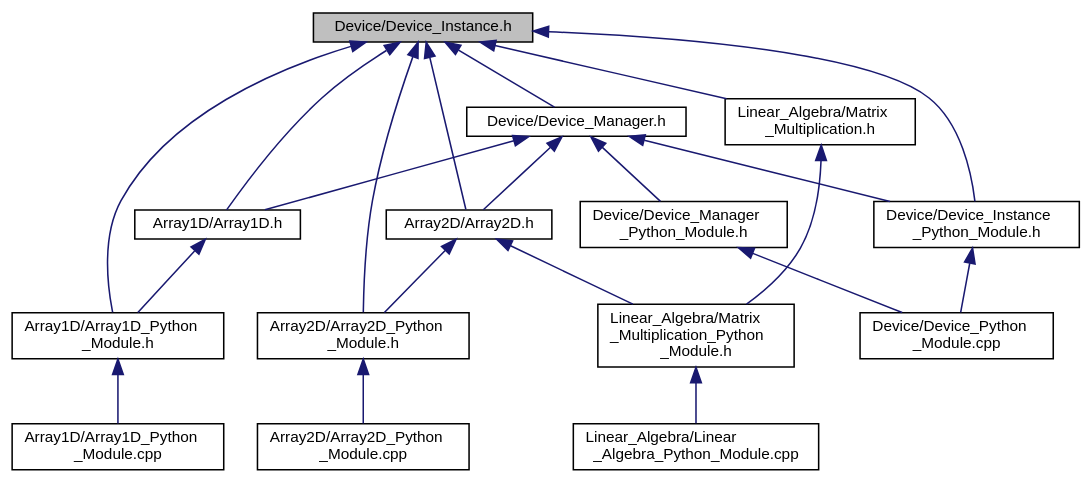
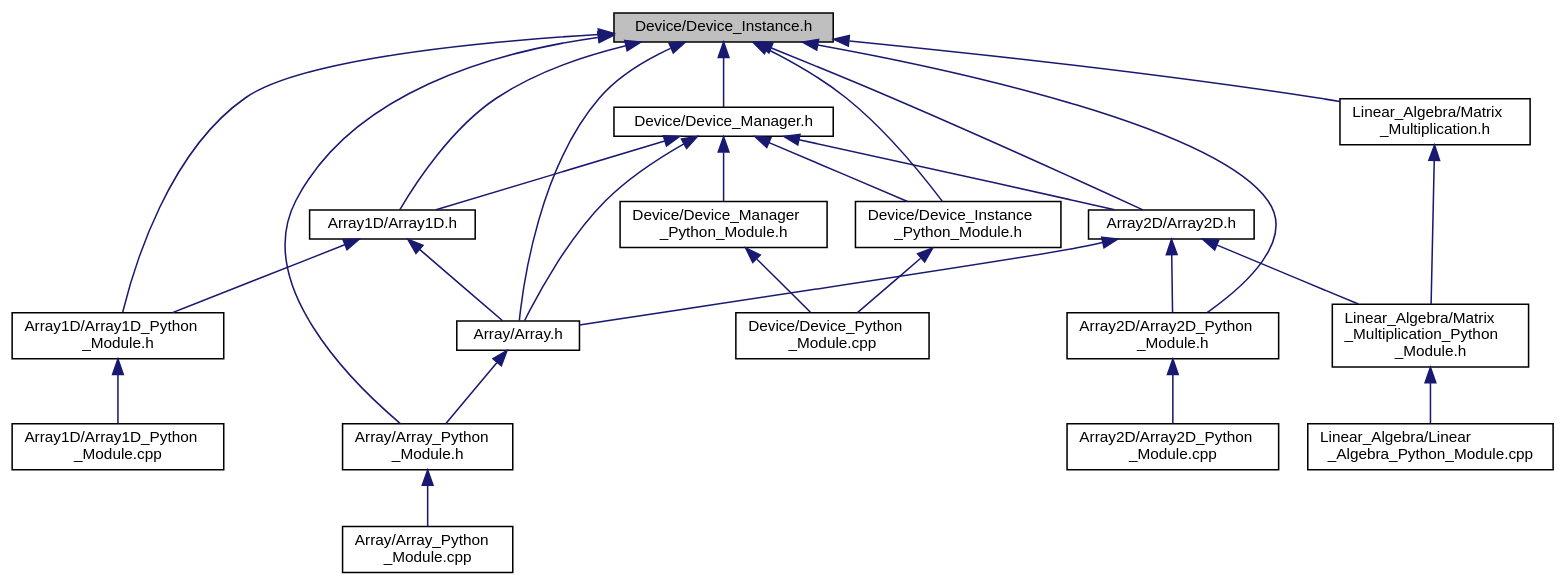
The diagram in docs/PySYCL_doxygen_html/_device___instance_8h__dep__incl.dot (OsmanAEG/PySYCL), drawn with Graphviz before and after one commit. The commit also changed 160 other files, not shown here.

```diff
--- a/docs/PySYCL_doxygen_html/_device___instance_8h__dep__incl.dot
+++ b/docs/PySYCL_doxygen_html/_device___instance_8h__dep__incl.dot
@@ -1,42 +1,52 @@
 digraph "Device/Device_Instance.h"
 {
  // INTERACTIVE_SVG=YES
  // LATEX_PDF_SIZE
   bgcolor="transparent";
   edge [fontname="Helvetica",fontsize="10",labelfontname="Helvetica",labelfontsize="10"];
   node [fontname="Helvetica",fontsize="10",shape=record];
   Node1 [label="Device/Device_Instance.h",height=0.2,width=0.4,color="black", fillcolor="grey75", style="filled", fontcolor="black",tooltip="Device instance for device selection in PySYCL."];
   Node1 -> Node2 [dir="back",color="midnightblue",fontsize="10",style="solid",fontname="Helvetica"];
-  Node2 [label="Array1D/Array1D.h",height=0.2,width=0.4,color="black",URL="$_array1_d_8h.html",tooltip="Array1D in PySYCL."];
+  Node2 [label="Array/Array.h",height=0.2,width=0.4,color="black",URL="$_array_8h.html",tooltip="Array in PySYCL."];
   Node2 -> Node3 [dir="back",color="midnightblue",fontsize="10",style="solid",fontname="Helvetica"];
-  Node3 [label="Array1D/Array1D_Python\l_Module.h",height=0.2,width=0.4,color="black",URL="$_array1_d___python___module_8h.html",tooltip="Python module for an array_1d object in PySYCL."];
+  Node3 [label="Array/Array_Python\l_Module.h",height=0.2,width=0.4,color="black",URL="$_array___python___module_8h.html",tooltip="Python module for an array object in PySYCL."];
   Node3 -> Node4 [dir="back",color="midnightblue",fontsize="10",style="solid",fontname="Helvetica"];
-  Node4 [label="Array1D/Array1D_Python\l_Module.cpp",height=0.2,width=0.4,color="black",URL="$_array1_d___python___module_8cpp.html",tooltip="Python module for array_1d in PySYCL."];
+  Node4 [label="Array/Array_Python\l_Module.cpp",height=0.2,width=0.4,color="black",URL="$_array___python___module_8cpp.html",tooltip="Python module for array in PySYCL."];
   Node1 -> Node3 [dir="back",color="midnightblue",fontsize="10",style="solid",fontname="Helvetica"];
   Node1 -> Node5 [dir="back",color="midnightblue",fontsize="10",style="solid",fontname="Helvetica"];
-  Node5 [label="Array2D/Array2D.h",height=0.2,width=0.4,color="black",URL="$_array2_d_8h.html",tooltip="Array2D in PySYCL."];
+  Node5 [label="Array1D/Array1D.h",height=0.2,width=0.4,color="black",URL="$_array1_d_8h.html",tooltip="Array1D in PySYCL."];
+  Node5 -> Node2 [dir="back",color="midnightblue",fontsize="10",style="solid",fontname="Helvetica"];
   Node5 -> Node6 [dir="back",color="midnightblue",fontsize="10",style="solid",fontname="Helvetica"];
-  Node6 [label="Array2D/Array2D_Python\l_Module.h",height=0.2,width=0.4,color="black",URL="$_array2_d___python___module_8h.html",tooltip="Python module for an array_2d object in PySYCL."];
+  Node6 [label="Array1D/Array1D_Python\l_Module.h",height=0.2,width=0.4,color="black",URL="$_array1_d___python___module_8h.html",tooltip="Python module for an array_1d object in PySYCL."];
   Node6 -> Node7 [dir="back",color="midnightblue",fontsize="10",style="solid",fontname="Helvetica"];
-  Node7 [label="Array2D/Array2D_Python\l_Module.cpp",height=0.2,width=0.4,color="black",URL="$_array2_d___python___module_8cpp.html",tooltip="Python module for array_2d in PySYCL."];
-  Node5 -> Node8 [dir="back",color="midnightblue",fontsize="10",style="solid",fontname="Helvetica"];
-  Node8 [label="Linear_Algebra/Matrix\l_Multiplication_Python\l_Module.h",height=0.2,width=0.4,color="black",URL="$_matrix___multiplication___python___module_8h.html",tooltip="Python module for a matrix multiplication in PySYCL."];
+  Node7 [label="Array1D/Array1D_Python\l_Module.cpp",height=0.2,width=0.4,color="black",URL="$_array1_d___python___module_8cpp.html",tooltip="Python module for array_1d in PySYCL."];
+  Node1 -> Node6 [dir="back",color="midnightblue",fontsize="10",style="solid",fontname="Helvetica"];
+  Node1 -> Node8 [dir="back",color="midnightblue",fontsize="10",style="solid",fontname="Helvetica"];
+  Node8 [label="Array2D/Array2D.h",height=0.2,width=0.4,color="black",URL="$_array2_d_8h.html",tooltip="Array2D in PySYCL."];
+  Node8 -> Node2 [dir="back",color="midnightblue",fontsize="10",style="solid",fontname="Helvetica"];
   Node8 -> Node9 [dir="back",color="midnightblue",fontsize="10",style="solid",fontname="Helvetica"];
-  Node9 [label="Linear_Algebra/Linear\l_Algebra_Python_Module.cpp",height=0.2,width=0.4,color="black",URL="$_linear___algebra___python___module_8cpp.html",tooltip="Python module for linalg in PySYCL."];
-  Node1 -> Node6 [dir="back",color="midnightblue",fontsize="10",style="solid",fontname="Helvetica"];
-  Node1 -> Node10 [dir="back",color="midnightblue",fontsize="10",style="solid",fontname="Helvetica"];
-  Node10 [label="Device/Device_Instance\l_Python_Module.h",height=0.2,width=0.4,color="black",URL="$_device___instance___python___module_8h.html",tooltip="Python module for device instance in PySYCL."];
-  Node10 -> Node11 [dir="back",color="midnightblue",fontsize="10",style="solid",fontname="Helvetica"];
-  Node11 [label="Device/Device_Python\l_Module.cpp",height=0.2,width=0.4,color="black",URL="$_device___python___module_8cpp.html",tooltip="Python module for device in PySYCL."];
-  Node1 -> Node12 [dir="back",color="midnightblue",fontsize="10",style="solid",fontname="Helvetica"];
-  Node12 [label="Device/Device_Manager.h",height=0.2,width=0.4,color="black",URL="$_device___manager_8h.html",tooltip="Device instance for device selection in PySYCL."];
-  Node12 -> Node2 [dir="back",color="midnightblue",fontsize="10",style="solid",fontname="Helvetica"];
-  Node12 -> Node5 [dir="back",color="midnightblue",fontsize="10",style="solid",fontname="Helvetica"];
-  Node12 -> Node10 [dir="back",color="midnightblue",fontsize="10",style="solid",fontname="Helvetica"];
-  Node12 -> Node13 [dir="back",color="midnightblue",fontsize="10",style="solid",fontname="Helvetica"];
-  Node13 [label="Device/Device_Manager\l_Python_Module.h",height=0.2,width=0.4,color="black",URL="$_device___manager___python___module_8h.html",tooltip="Python module for device instance in PySYCL."];
-  Node13 -> Node11 [dir="back",color="midnightblue",fontsize="10",style="solid",fontname="Helvetica"];
-  Node1 -> Node14 [dir="back",color="midnightblue",fontsize="10",style="solid",fontname="Helvetica"];
-  Node14 [label="Linear_Algebra/Matrix\l_Multiplication.h",height=0.2,width=0.4,color="black",URL="$_matrix___multiplication_8h.html",tooltip="Matrix Multiplication in PySYCL."];
-  Node14 -> Node8 [dir="back",color="midnightblue",fontsize="10",style="solid",fontname="Helvetica"];
+  Node9 [label="Array2D/Array2D_Python\l_Module.h",height=0.2,width=0.4,color="black",URL="$_array2_d___python___module_8h.html",tooltip="Python module for an array_2d object in PySYCL."];
+  Node9 -> Node10 [dir="back",color="midnightblue",fontsize="10",style="solid",fontname="Helvetica"];
+  Node10 [label="Array2D/Array2D_Python\l_Module.cpp",height=0.2,width=0.4,color="black",URL="$_array2_d___python___module_8cpp.html",tooltip="Python module for array_2d in PySYCL."];
+  Node8 -> Node11 [dir="back",color="midnightblue",fontsize="10",style="solid",fontname="Helvetica"];
+  Node11 [label="Linear_Algebra/Matrix\l_Multiplication_Python\l_Module.h",height=0.2,width=0.4,color="black",URL="$_matrix___multiplication___python___module_8h.html",tooltip="Python module for a matrix multiplication in PySYCL."];
+  Node11 -> Node12 [dir="back",color="midnightblue",fontsize="10",style="solid",fontname="Helvetica"];
+  Node12 [label="Linear_Algebra/Linear\l_Algebra_Python_Module.cpp",height=0.2,width=0.4,color="black",URL="$_linear___algebra___python___module_8cpp.html",tooltip="Python module for linalg in PySYCL."];
+  Node1 -> Node9 [dir="back",color="midnightblue",fontsize="10",style="solid",fontname="Helvetica"];
+  Node1 -> Node13 [dir="back",color="midnightblue",fontsize="10",style="solid",fontname="Helvetica"];
+  Node13 [label="Device/Device_Instance\l_Python_Module.h",height=0.2,width=0.4,color="black",URL="$_device___instance___python___module_8h.html",tooltip="Python module for device instance in PySYCL."];
+  Node13 -> Node14 [dir="back",color="midnightblue",fontsize="10",style="solid",fontname="Helvetica"];
+  Node14 [label="Device/Device_Python\l_Module.cpp",height=0.2,width=0.4,color="black",URL="$_device___python___module_8cpp.html",tooltip="Python module for device in PySYCL."];
+  Node1 -> Node15 [dir="back",color="midnightblue",fontsize="10",style="solid",fontname="Helvetica"];
+  Node15 [label="Device/Device_Manager.h",height=0.2,width=0.4,color="black",URL="$_device___manager_8h.html",tooltip="Device instance for device selection in PySYCL."];
+  Node15 -> Node2 [dir="back",color="midnightblue",fontsize="10",style="solid",fontname="Helvetica"];
+  Node15 -> Node5 [dir="back",color="midnightblue",fontsize="10",style="solid",fontname="Helvetica"];
+  Node15 -> Node8 [dir="back",color="midnightblue",fontsize="10",style="solid",fontname="Helvetica"];
+  Node15 -> Node13 [dir="back",color="midnightblue",fontsize="10",style="solid",fontname="Helvetica"];
+  Node15 -> Node16 [dir="back",color="midnightblue",fontsize="10",style="solid",fontname="Helvetica"];
+  Node16 [label="Device/Device_Manager\l_Python_Module.h",height=0.2,width=0.4,color="black",URL="$_device___manager___python___module_8h.html",tooltip="Python module for device instance in PySYCL."];
+  Node16 -> Node14 [dir="back",color="midnightblue",fontsize="10",style="solid",fontname="Helvetica"];
+  Node1 -> Node17 [dir="back",color="midnightblue",fontsize="10",style="solid",fontname="Helvetica"];
+  Node17 [label="Linear_Algebra/Matrix\l_Multiplication.h",height=0.2,width=0.4,color="black",URL="$_matrix___multiplication_8h.html",tooltip="Matrix Multiplication in PySYCL."];
+  Node17 -> Node11 [dir="back",color="midnightblue",fontsize="10",style="solid",fontname="Helvetica"];
 }
```
